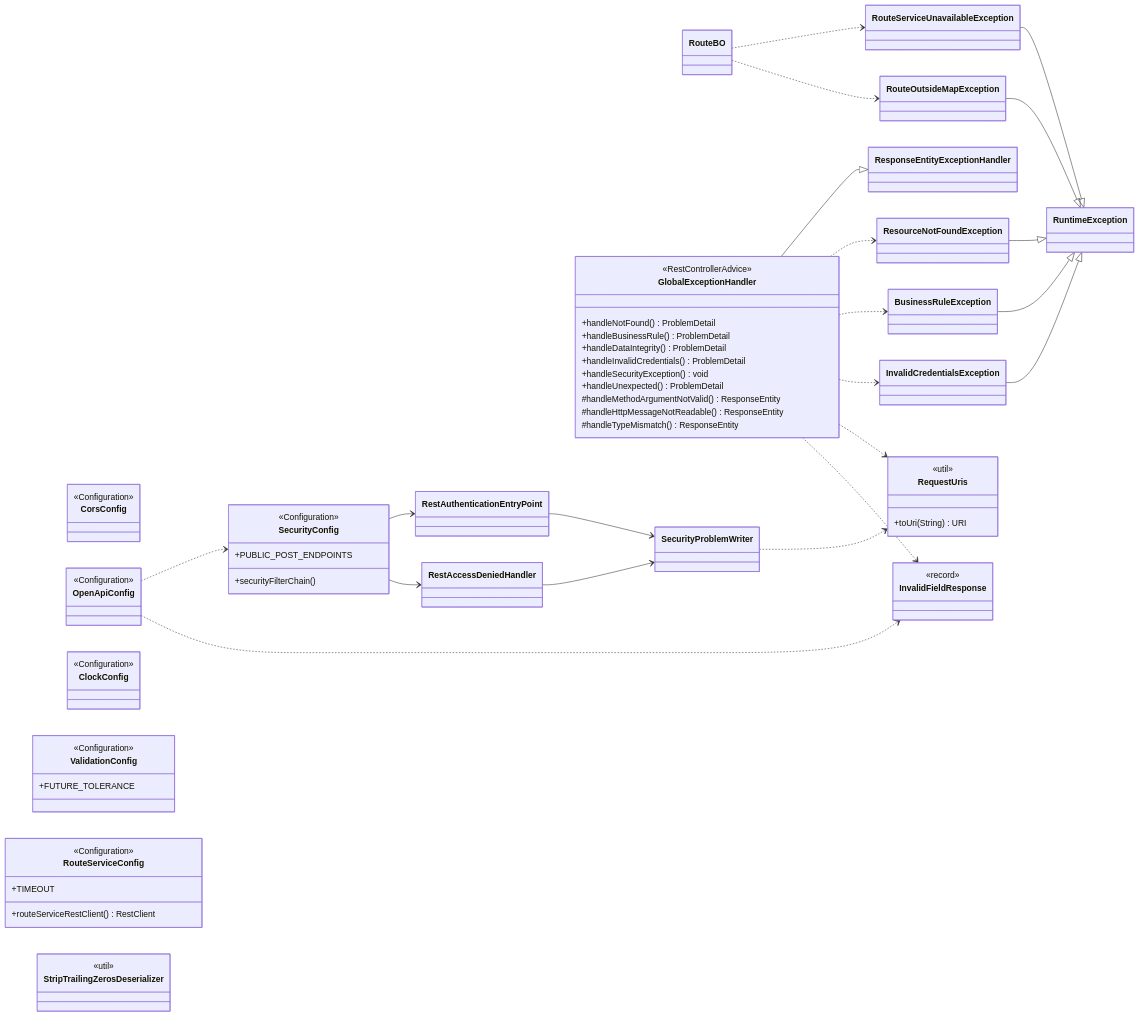
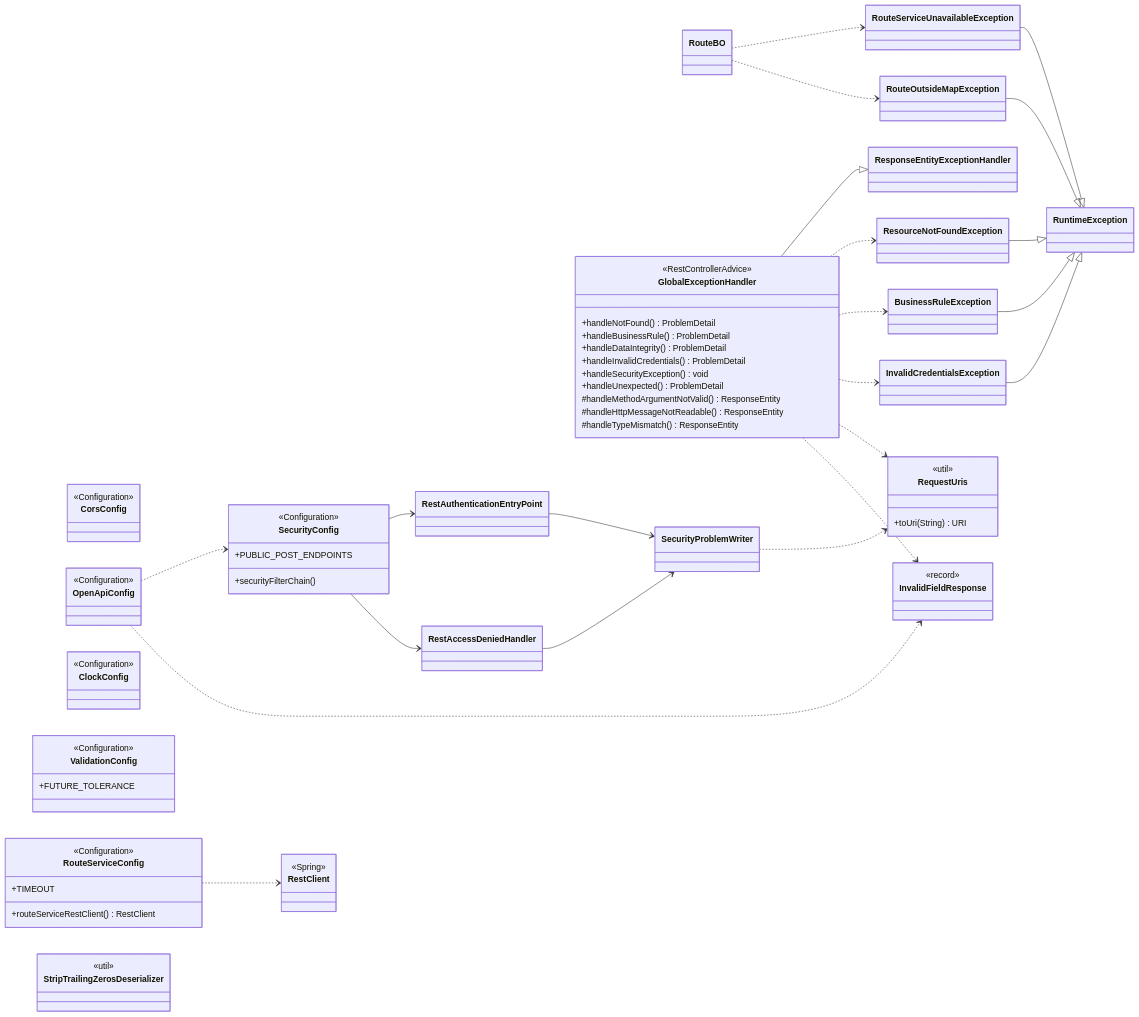
Before and after one commit to Kelwinnn/Global-Solution---Rota-Segura-DDD-Java: the fourth of 4 diagrams in docs/class-diagram.md, drawn with Mermaid. The commit also changed 4 other files, not shown here.

````diff
--- a/docs/class-diagram.md
+++ b/docs/class-diagram.md
@@ -458,6 +458,9 @@
         +TIMEOUT
         +routeServiceRestClient() RestClient
     }
+    class RestClient {
+        <<Spring>>
+    }
     class RequestUris {
         <<util>>
         +toUri(String) URI
@@ -473,4 +476,5 @@
     GlobalExceptionHandler ..> InvalidFieldResponse
     OpenApiConfig ..> SecurityConfig
     OpenApiConfig ..> InvalidFieldResponse
+    RouteServiceConfig ..> RestClient
 ```
````
